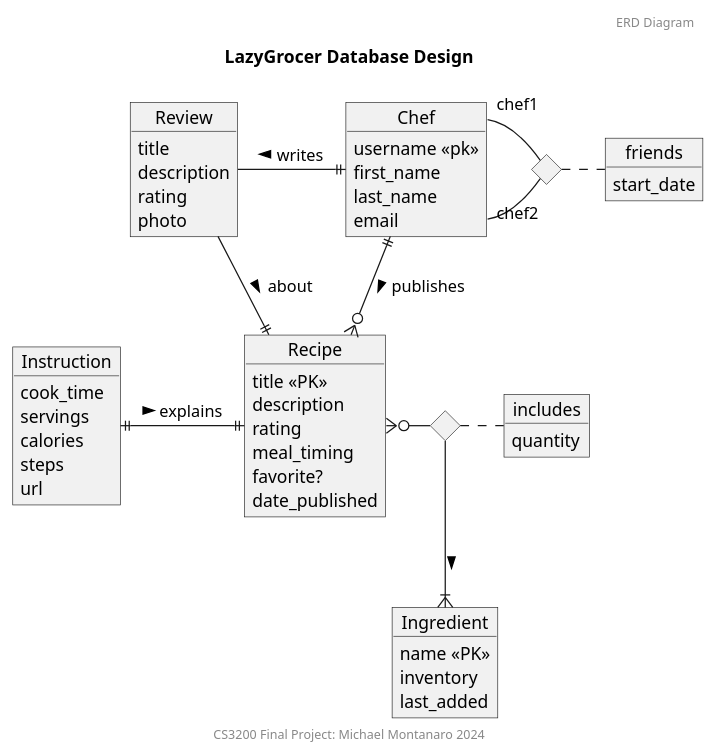
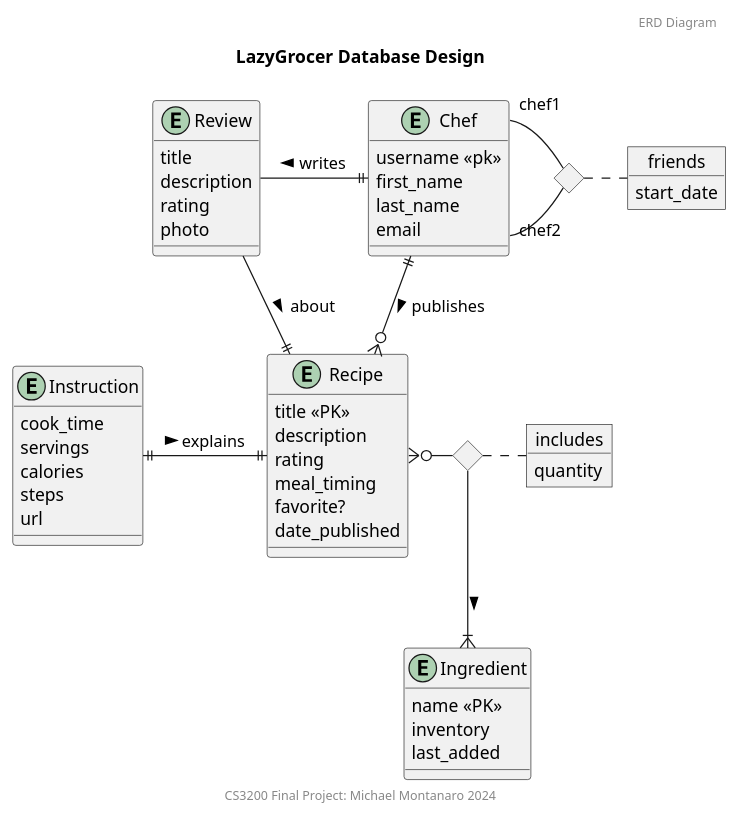
The diagram in docs/plantuml/erd.wsd (montymi/LazyGrocer), drawn with PlantUML before and after one commit. The commit also changed 3 other files, not shown here.

```diff
--- a/docs/plantuml/erd.wsd
+++ b/docs/plantuml/erd.wsd
@@ -1,65 +1,65 @@
 @startuml LazyGrozerERDdiagram
 
 header ERD Diagram
 title LazyGrocer Database Design
 footer CS3200 Final Project: Michael Montanaro 2024
 
-object Recipe {
+entity Recipe {
     title <<PK>> 
     description
     rating
     meal_timing
     favorite?
     date_published
 }
 
-object Instruction {
+entity Instruction {
     cook_time
     servings
     calories
     steps
     url
 }
 
-object Ingredient {
+entity Ingredient {
     name <<PK>>
     inventory
     last_added
 }
 
-object Chef {
+entity Chef {
     username <<pk>>
     first_name
     last_name
     email
 }
 
 object includes {
     quantity
 }
 diamond DIncludes
 
 object friends {
     start_date
 }
 diamond DFriends
 
-object Review {
+entity Review {
     title 
     description 
     rating
     photo
 }
 
 Recipe }o- DIncludes
 DIncludes --|{ Ingredient: >
 DIncludes . includes
 Chef ||--o{ Recipe: publishes >
 Chef "chef2" - DFriends
 DFriends - "chef1" Chef
 DFriends . friends
 Review -|| Chef: writes <
 Review --|| Recipe: about >
 Instruction ||-|| Recipe: explains >
 
 @enduml
```
